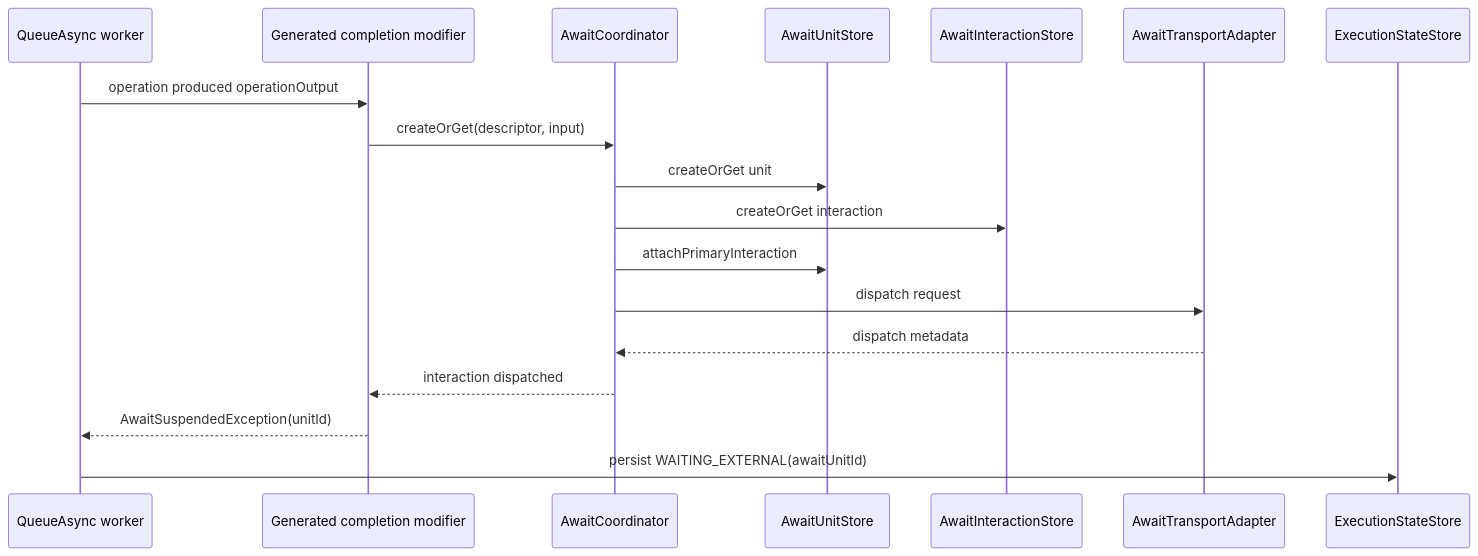
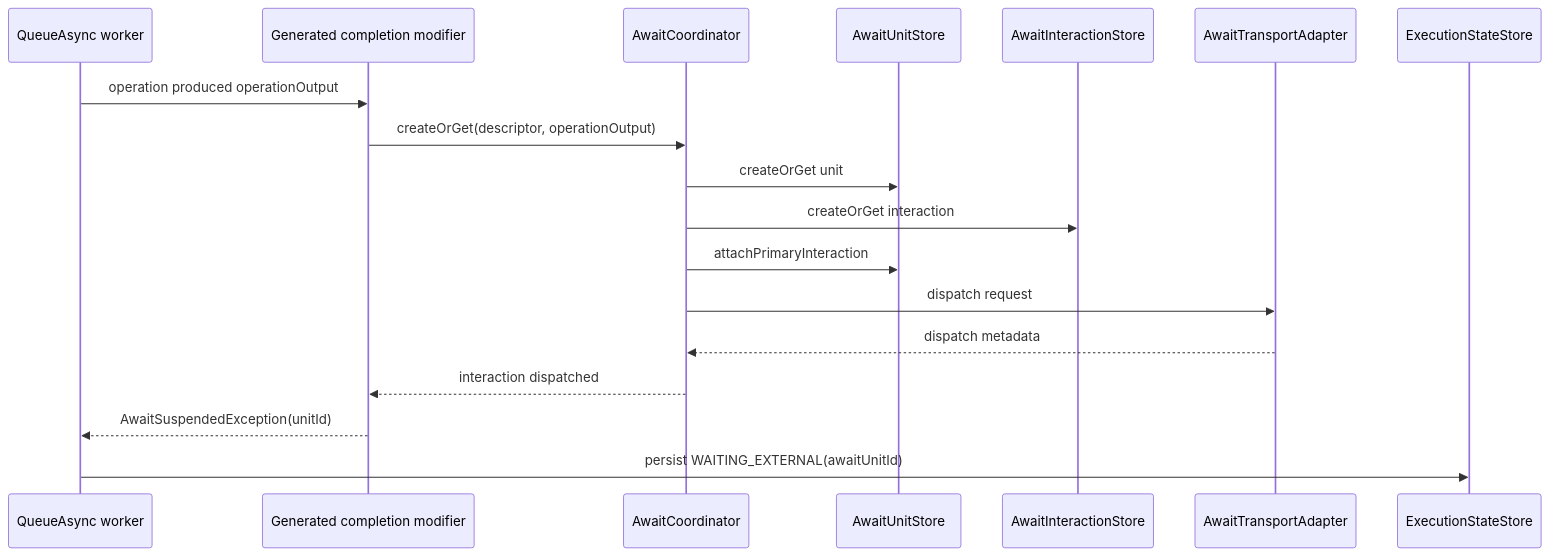
Before and after one commit to The-Pipeline-Framework/pipelineframework: the first of 10 diagrams in docs/evolve/await-unit-runtime/sequences.md, drawn with Mermaid. The commit also changed 2 other files, not shown here.

Commit message:
Clarify deferred-completion documentation

````diff
--- a/docs/evolve/await-unit-runtime/sequences.md
+++ b/docs/evolve/await-unit-runtime/sequences.md
@@ -7,21 +7,21 @@
 ```mermaid
 sequenceDiagram
     participant Worker as QueueAsync worker
     participant Step as Generated completion modifier
     participant Coord as AwaitCoordinator
     participant UnitStore as AwaitUnitStore
     participant InteractionStore as AwaitInteractionStore
     participant Adapter as AwaitTransportAdapter
     participant ExecStore as ExecutionStateStore
 
     Worker->>Step: operation produced operationOutput
-    Step->>Coord: createOrGet(descriptor, input)
+    Step->>Coord: createOrGet(descriptor, operationOutput)
     Coord->>UnitStore: createOrGet unit
     Coord->>InteractionStore: createOrGet interaction
     Coord->>UnitStore: attachPrimaryInteraction
     Coord->>Adapter: dispatch request
     Adapter-->>Coord: dispatch metadata
     Coord-->>Step: interaction dispatched
     Step-->>Worker: AwaitSuspendedException(unitId)
     Worker->>ExecStore: persist WAITING_EXTERNAL(awaitUnitId)
 ```
````
